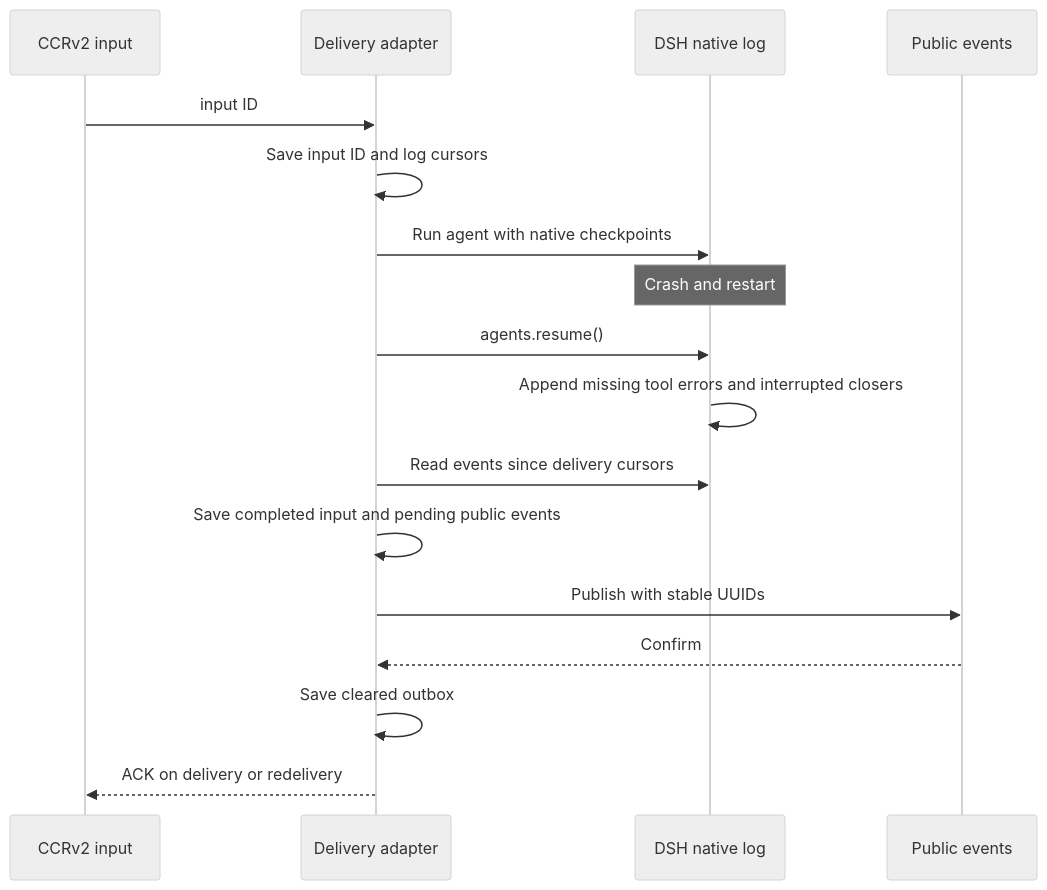
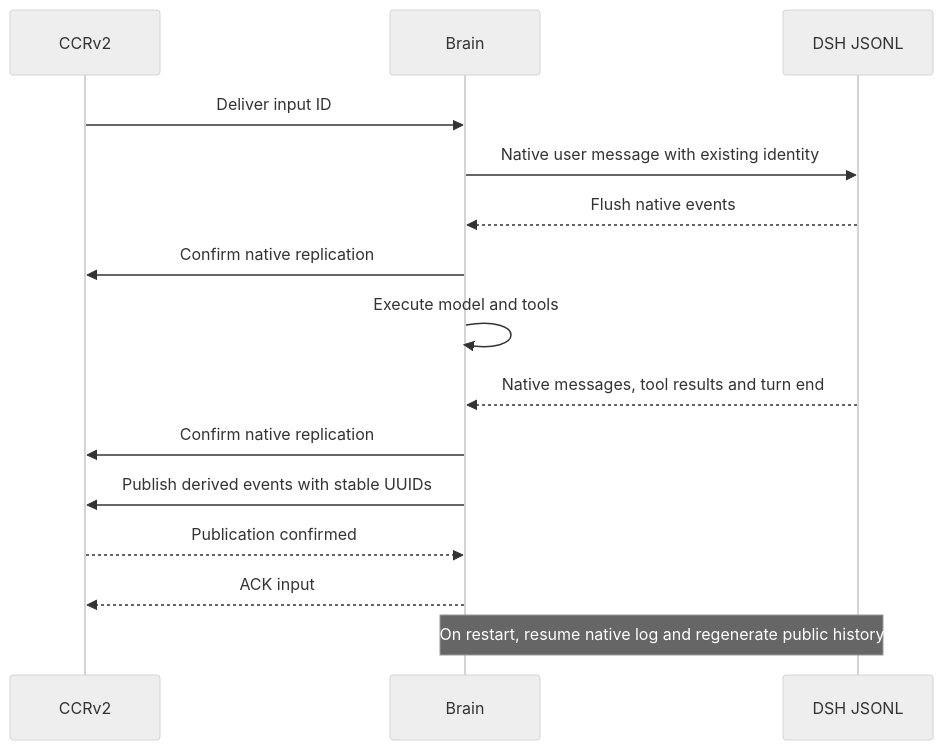
The seventh of 9 diagrams in docs/design/be/brain-runtime.md (superduck-ai/open-managed-agents), drawn with Mermaid (neutral theme) before and after one commit. The commit also changed other lines of this file and 32 other files, not shown here.

Commit message:
refactor(brain): replace delivery journal with native log recovery

````diff
--- a/docs/design/be/brain-runtime.md
+++ b/docs/design/be/brain-runtime.md
@@ -240,19 +244,17 @@
 ```mermaid
 sequenceDiagram
-    participant CCR as CCRv2 input
-    participant D as Delivery adapter
-    participant S as DSH native log
-    participant P as Public events
-    CCR->>D: input ID
-    D->>D: Save input ID and log cursors
-    D->>S: Run agent with native checkpoints
-    Note over S: Crash and restart
-    D->>S: agents.resume()
-    S->>S: Append missing tool errors and interrupted closers
-    D->>S: Read events since delivery cursors
-    D->>D: Save completed input and pending public events
-    D->>P: Publish with stable UUIDs
-    P-->>D: Confirm
-    D->>D: Save cleared outbox
-    D-->>CCR: ACK on delivery or redelivery
+    participant CCR as CCRv2
+    participant B as Brain
+    participant D as DSH JSONL
+    CCR->>B: Deliver input ID
+    B->>D: Native user message with existing identity
+    D-->>B: Flush native events
+    B->>CCR: Confirm native replication
+    B->>B: Execute model and tools
+    D-->>B: Native messages, tool results and turn end
+    B->>CCR: Confirm native replication
+    B->>CCR: Publish derived events with stable UUIDs
+    CCR-->>B: Publication confirmed
+    B-->>CCR: ACK input
+    Note over B,D: On restart, resume native log and regenerate public history
 ```
````
